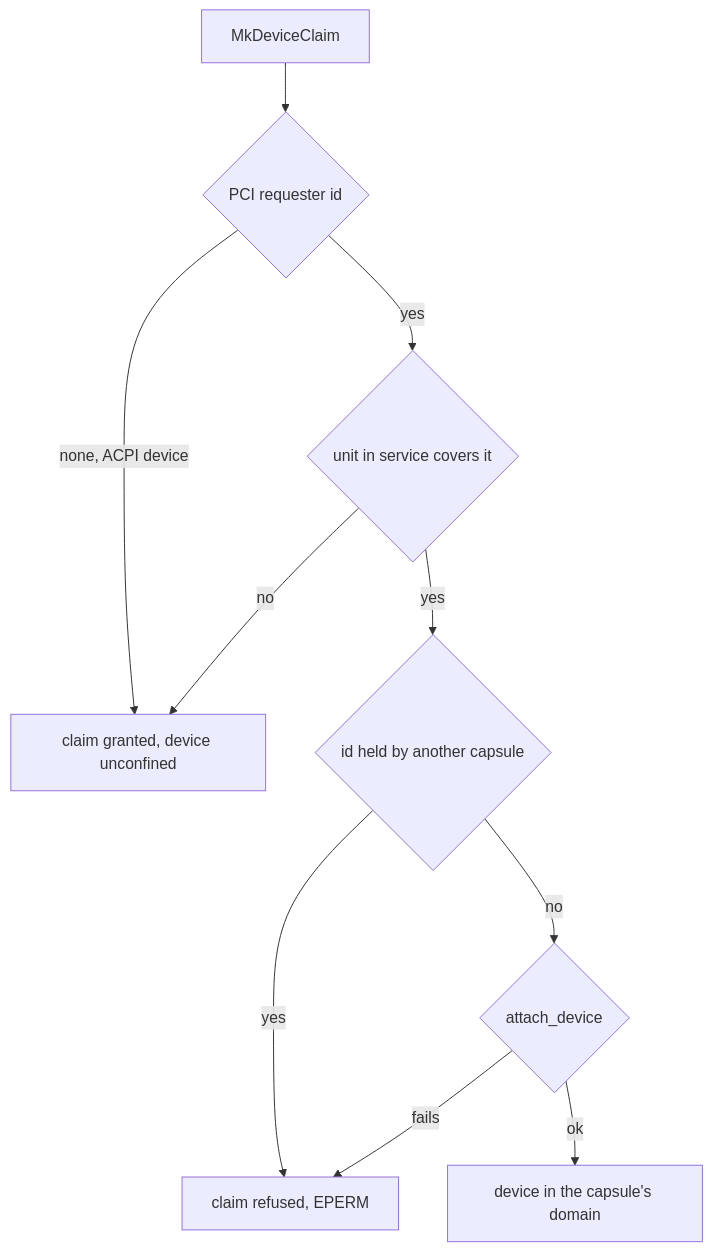
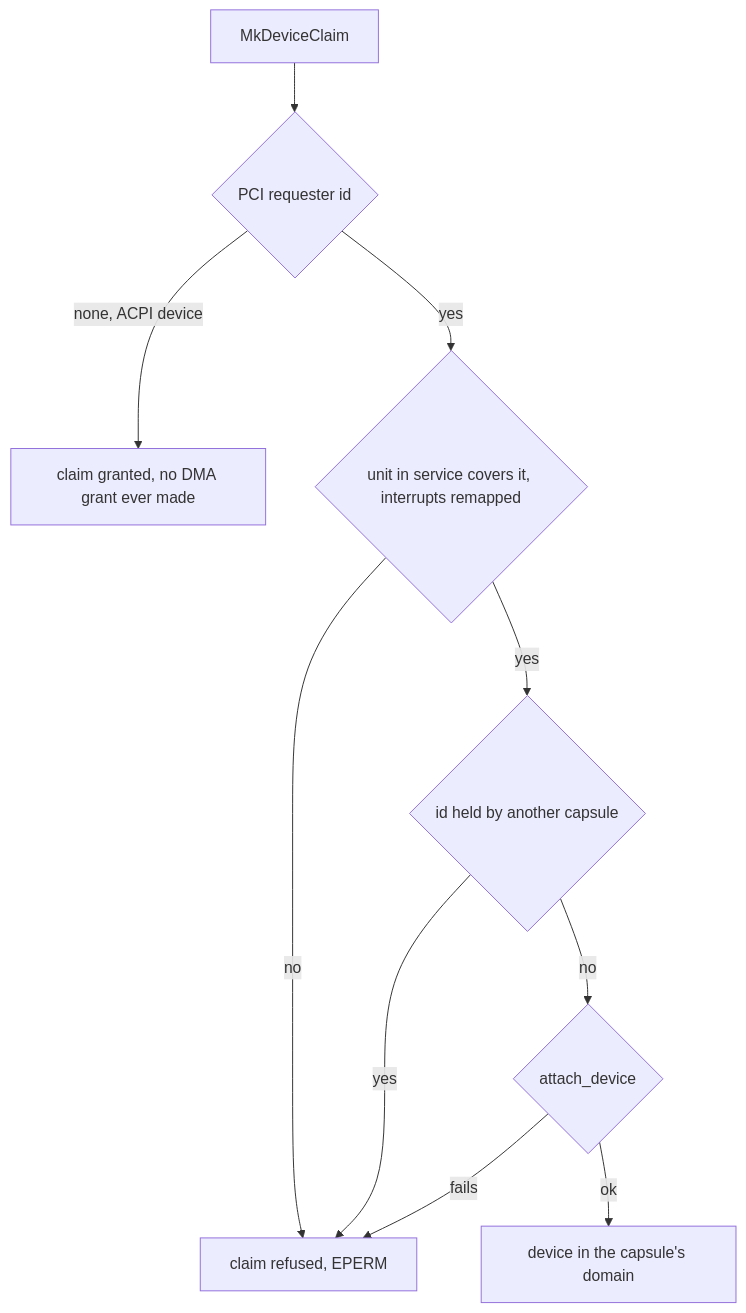
Before and after one commit to NON-OS/microkernel: the diagram in docs/kernel/iommu-per-capsule-domains.md, drawn with Mermaid. The commit also changed other lines of this file and 24 other files, not shown here.

````diff
--- a/docs/kernel/iommu-per-capsule-domains.md
+++ b/docs/kernel/iommu-per-capsule-domains.md
@@ -13,12 +13,12 @@
 ```mermaid
 flowchart TD
     C[MkDeviceClaim] --> R{PCI requester id}
-    R -->|none, ACPI device| U[claim granted, device unconfined]
-    R -->|yes| T{unit in service covers it}
-    T -->|no| U
+    R -->|none, ACPI device| N[claim granted, no DMA grant ever made]
+    R -->|yes| T{unit in service covers it, interrupts remapped}
+    T -->|no| X
     T -->|yes| S{id held by another capsule}
     S -->|yes| X[claim refused, EPERM]
     S -->|no| A{attach_device}
     A -->|fails| X
     A -->|ok| D[device in the capsule's domain]
 ```
````
